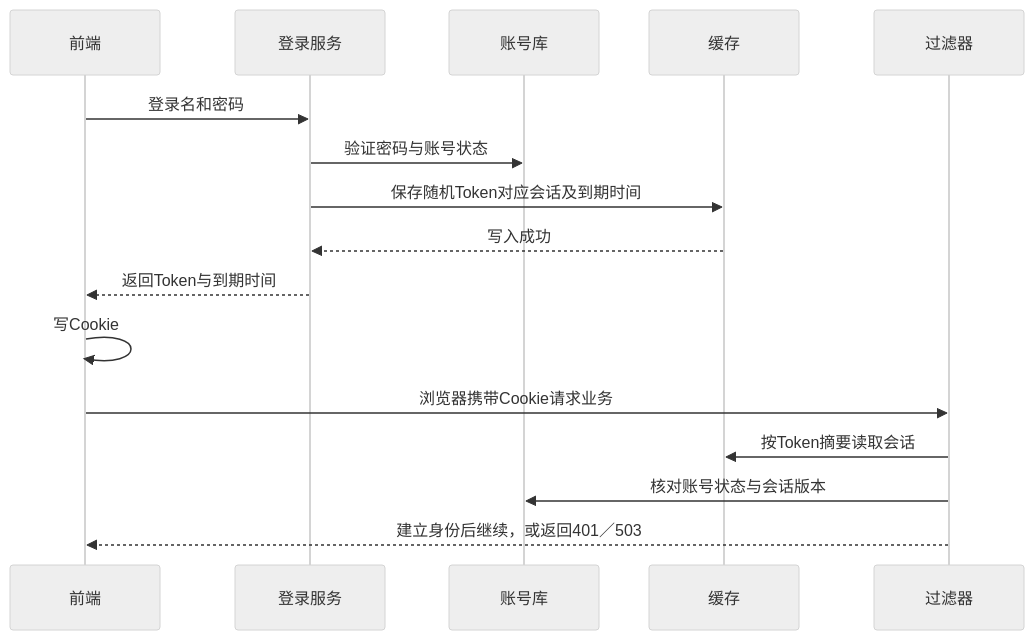
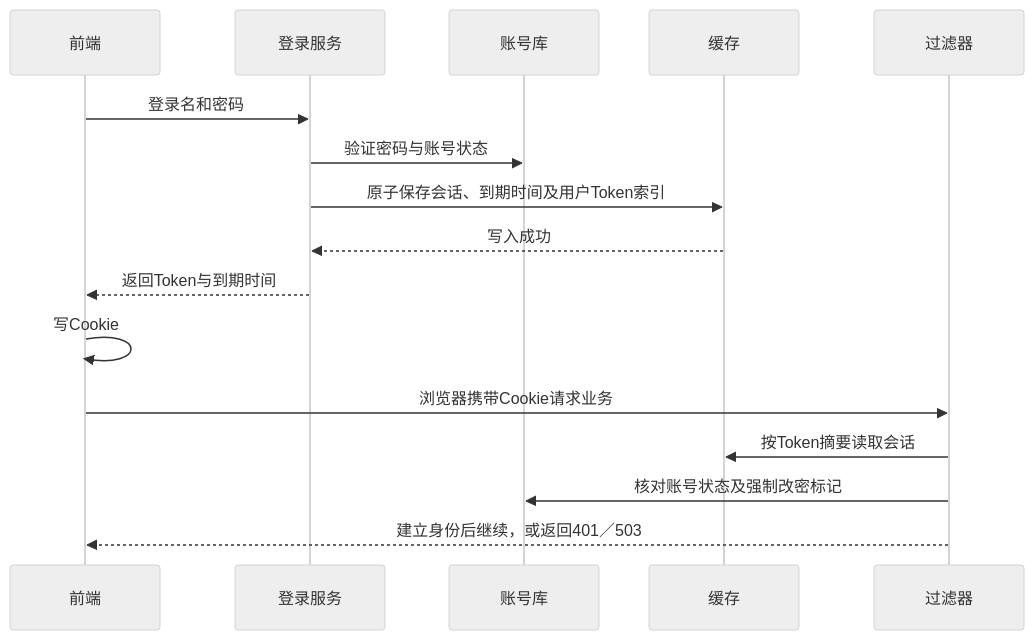
The third of 4 diagrams in 压测平台/账号权限/规划/账号与团队项目规范.md (Honkey-y/docs), drawn with Mermaid (neutral theme) before and after one commit. The commit also changed other lines of this file and 5 other files, not shown here.

````diff
--- a/压测平台/账号权限/规划/账号与团队项目规范.md
+++ b/压测平台/账号权限/规划/账号与团队项目规范.md
@@ -102,18 +121,18 @@
 ```mermaid
 sequenceDiagram
   participant 前端
   participant 登录服务
   participant 账号库
   participant 缓存
   participant 过滤器
   前端->>登录服务: 登录名和密码
   登录服务->>账号库: 验证密码与账号状态
-  登录服务->>缓存: 保存随机Token对应会话及到期时间
+  登录服务->>缓存: 原子保存会话、到期时间及用户Token索引
   缓存-->>登录服务: 写入成功
   登录服务-->>前端: 返回Token与到期时间
   前端->>前端: 写Cookie
   前端->>过滤器: 浏览器携带Cookie请求业务
   过滤器->>缓存: 按Token摘要读取会话
-  过滤器->>账号库: 核对账号状态与会话版本
+  过滤器->>账号库: 核对账号状态及强制改密标记
   过滤器-->>前端: 建立身份后继续，或返回401／503
 ```
````
